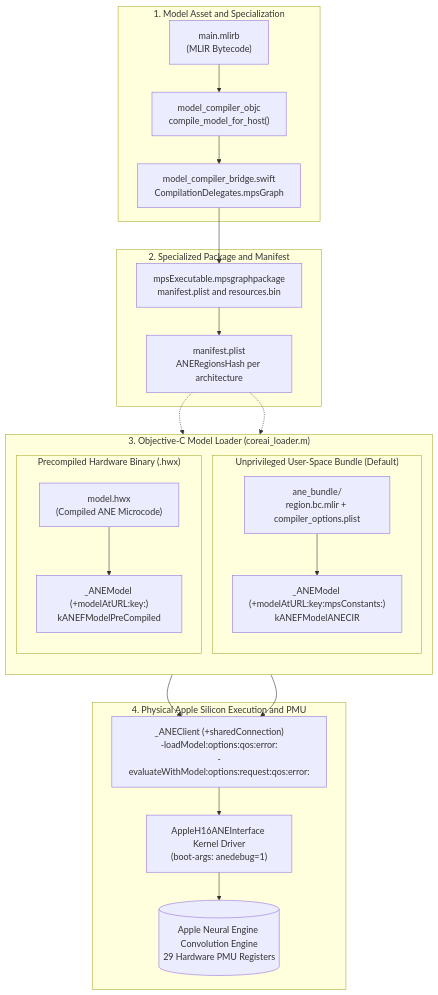
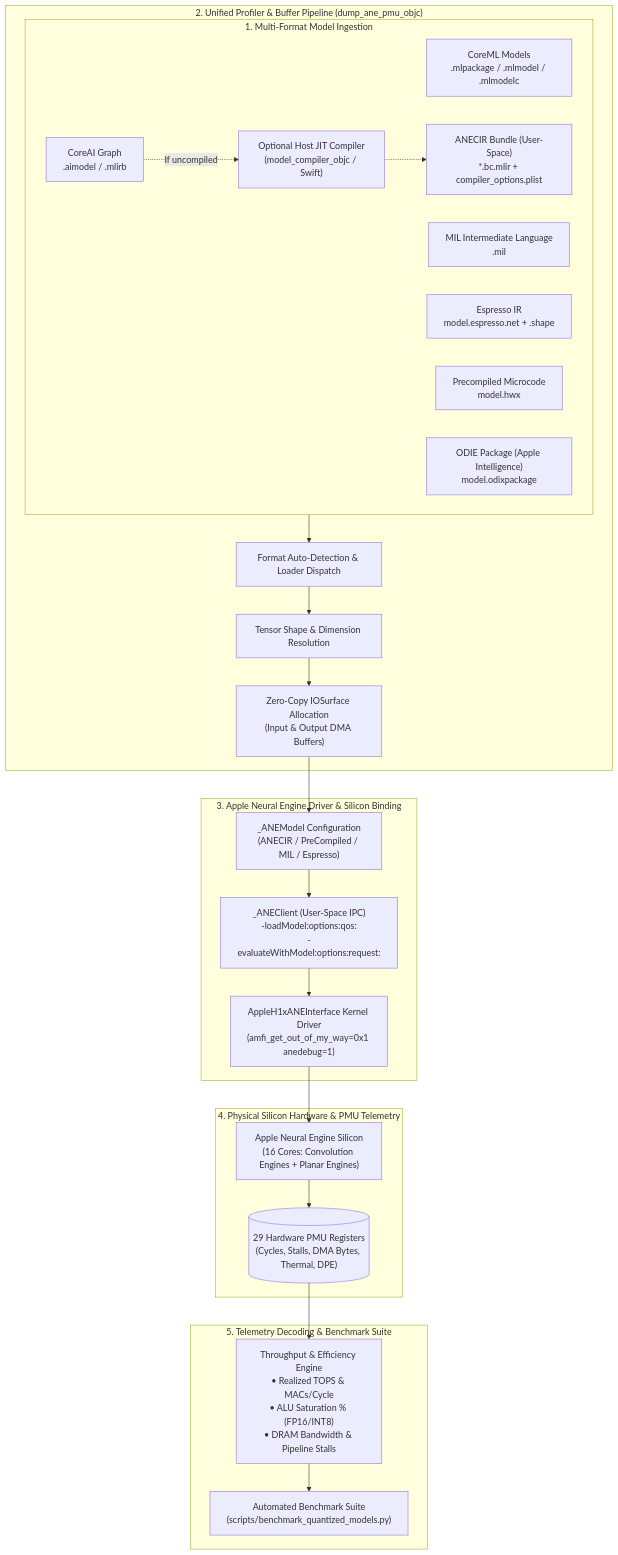
Before and after one commit to freedomtan/ane_pmu_profiler: the diagram in README.md, drawn with Mermaid. The commit also changed other lines of this file, not shown here.

Commit message:
docs: update Architecture Overview diagram to reflect multi-format support and telemetry pipeline

````diff
--- a/README.md
+++ b/README.md
@@ -25,43 +25,47 @@
 ```mermaid
 flowchart TD
-    subgraph Frontend ["1. Model Asset and Specialization"]
-        MLIRB["main.mlirb<br>(MLIR Bytecode)"]
-        Compiler["model_compiler_objc<br>compile_model_for_host()"]
-        Bridge["model_compiler_bridge.swift<br>CompilationDelegates.mpsGraph"]
-        MLIRB --> Compiler
-        Compiler --> Bridge
+    subgraph Formats ["1. Multi-Format Model Ingestion"]
+        CoreML["CoreML Models<br/>.mlpackage / .mlmodel / .mlmodelc"]
+        MIL["MIL Intermediate Language<br/>.mil"]
+        Espresso["Espresso IR<br/>model.espresso.net + .shape"]
+        ANECIR["ANECIR Bundle (User-Space)<br/>*.bc.mlir + compiler_options.plist"]
+        HWX["Precompiled Microcode<br/>model.hwx"]
+        ODIE["ODIE Package (Apple Intelligence)<br/>model.odixpackage"]
+        CoreAI["CoreAI Graph<br/>.aimodel / .mlirb"]
+        JIT["Optional Host JIT Compiler<br/>(model_compiler_objc / Swift)"]
+        CoreAI -.->|If uncompiled| JIT
+        JIT -.-> ANECIR
     end
 
-    subgraph Package ["2. Specialized Package and Manifest"]
-        PKG["mpsExecutable.mpsgraphpackage<br>manifest.plist and resources.bin"]
-        Bridge --> PKG
-        Manifest["manifest.plist<br>ANERegionsHash per architecture"]
-        PKG --> Manifest
+    subgraph Profiler ["2. Unified Profiler & Buffer Pipeline (dump_ane_pmu_objc)"]
+        Detect["Format Auto-Detection & Loader Dispatch"]
+        Shape["Tensor Shape & Dimension Resolution"]
+        IOSurf["Zero-Copy IOSurface Allocation<br/>(Input & Output DMA Buffers)"]
+        Formats --> Detect
+        Detect --> Shape
+        Shape --> IOSurf
     end
 
-    subgraph Loader ["3. Objective-C Model Loader (coreai_loader.m)"]
-        direction TB
-        subgraph ModeA ["Unprivileged User-Space Bundle (Default)"]
-            Bundle["ane_bundle/<br>region.bc.mlir + compiler_options.plist"]
-            ANEModelA["_ANEModel (+modelAtURL:key:mpsConstants:)<br>kANEFModelANECIR"]
-            Bundle --> ANEModelA
-        end
-        subgraph ModeB ["Precompiled Hardware Binary (.hwx)"]
-            HWX["model.hwx<br>(Compiled ANE Microcode)"]
-            ANEModelB["_ANEModel (+modelAtURL:key:)<br>kANEFModelPreCompiled"]
-            HWX --> ANEModelB
-        end
-        Manifest -.-> ModeA
-        Manifest -.-> ModeB
+    subgraph Runtime ["3. Apple Neural Engine Driver & Silicon Binding"]
+        ANEModel["_ANEModel Configuration<br/>(ANECIR / PreCompiled / MIL / Espresso)"]
+        ANEClient["_ANEClient (User-Space IPC)<br/>-loadModel:options:qos:<br/>-evaluateWithModel:options:request:"]
+        Kernel["AppleH1xANEInterface Kernel Driver<br/>(amfi_get_out_of_my_way=0x1 anedebug=1)"]
+        IOSurf --> ANEModel
+        ANEModel --> ANEClient
+        ANEClient --> Kernel
     end
 
-    subgraph Silicon ["4. Physical Apple Silicon Execution and PMU"]
-        Client["_ANEClient (+sharedConnection)<br>-loadModel:options:qos:error:<br>-evaluateWithModel:options:request:qos:error:"]
-        ANEModelA --> Client
-        ANEModelB --> Client
-        Kernel["AppleH16ANEInterface Kernel Driver<br>(boot-args: anedebug=1)"]
-        Client --> Kernel
-        PMU[("Apple Neural Engine Convolution Engine<br>29 Hardware PMU Registers")]
-        Kernel --> PMU
+    subgraph Hardware ["4. Physical Silicon Hardware & PMU Telemetry"]
+        ANE_HW["Apple Neural Engine Silicon<br/>(16 Cores: Convolution Engines + Planar Engines)"]
+        PMU_HW[("29 Hardware PMU Registers<br/>(Cycles, Stalls, DMA Bytes, Thermal, DPE)")]
+        Kernel --> ANE_HW
+        ANE_HW --> PMU_HW
+    end
+
+    subgraph Telemetry ["5. Telemetry Decoding & Benchmark Suite"]
+        Metrics["Throughput & Efficiency Engine<br/>• Realized TOPS & MACs/Cycle<br/>• ALU Saturation % (FP16/INT8)<br/>• DRAM Bandwidth & Pipeline Stalls"]
+        Scripts["Automated Benchmark Suite<br/>(scripts/benchmark_quantized_models.py)"]
+        PMU_HW --> Metrics
+        Metrics --> Scripts
     end
 ```
````
